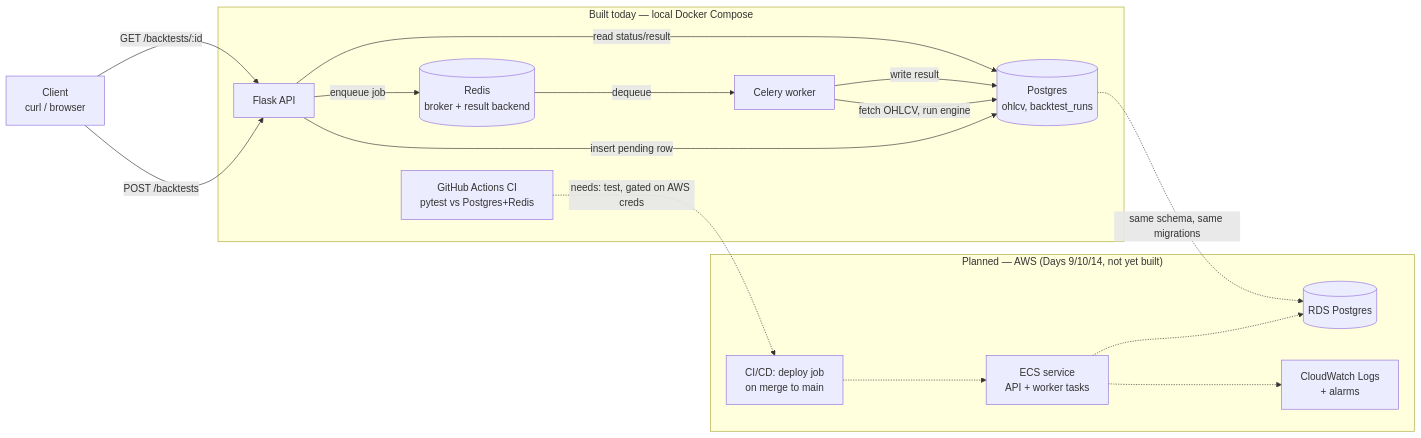
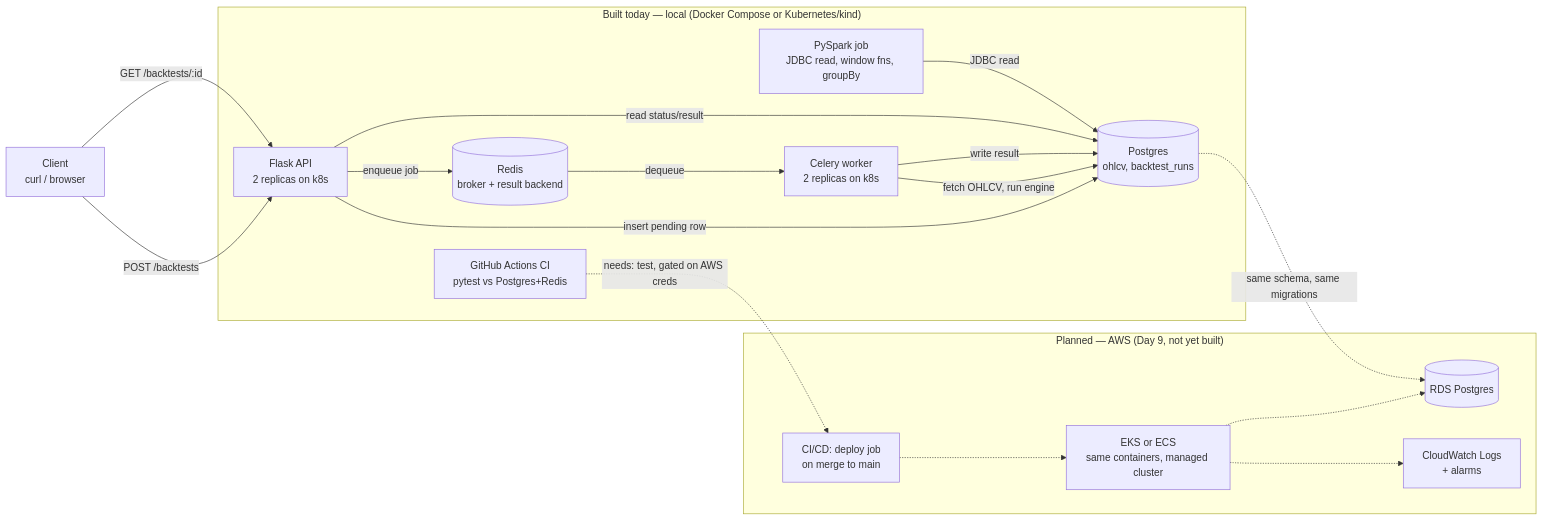
The diagram in docs/ARCHITECTURE.md (skpallaka/quant-backtester), drawn with Mermaid before and after one commit. The commit also changed other lines of this file and 10 other files, not shown here.

First line of the commit message:
Orchestrate the app on Kubernetes (verified locally via kind)

````diff
--- a/docs/ARCHITECTURE.md
+++ b/docs/ARCHITECTURE.md
@@ -11,34 +15,36 @@
 ```mermaid
 flowchart LR
     C[Client<br/>curl / browser]
 
-    subgraph today["Built today — local Docker Compose"]
-        API[Flask API]
+    subgraph today["Built today — local (Docker Compose or Kubernetes/kind)"]
+        API[Flask API<br/>2 replicas on k8s]
         PG[("Postgres<br/>ohlcv, backtest_runs")]
         RQ[("Redis<br/>broker + result backend")]
-        W[Celery worker]
+        W[Celery worker<br/>2 replicas on k8s]
         CI["GitHub Actions CI<br/>pytest vs Postgres+Redis"]
+        SPARK["PySpark job<br/>JDBC read, window fns, groupBy"]
     end
 
-    subgraph planned["Planned — AWS (Days 9/10/14, not yet built)"]
+    subgraph planned["Planned — AWS (Day 9, not yet built)"]
         RDS[("RDS Postgres")]
-        ECS["ECS service<br/>API + worker tasks"]
+        EKS["EKS or ECS<br/>same containers, managed cluster"]
         CW["CloudWatch Logs<br/>+ alarms"]
         CD["CI/CD: deploy job<br/>on merge to main"]
     end
 
     C -->|"POST /backtests"| API
     C -->|"GET /backtests/:id"| API
     API -->|"insert pending row"| PG
     API -->|"enqueue job"| RQ
     RQ -->|"dequeue"| W
     W -->|"fetch OHLCV, run engine"| PG
     W -->|"write result"| PG
     API -->|"read status/result"| PG
+    SPARK -->|"JDBC read"| PG
 
     CI -.->|"needs: test, gated on AWS creds"| CD
-    CD -.-> ECS
-    ECS -.-> RDS
-    ECS -.-> CW
+    CD -.-> EKS
+    EKS -.-> RDS
+    EKS -.-> CW
     PG -.->|"same schema, same migrations"| RDS
 ```
````
